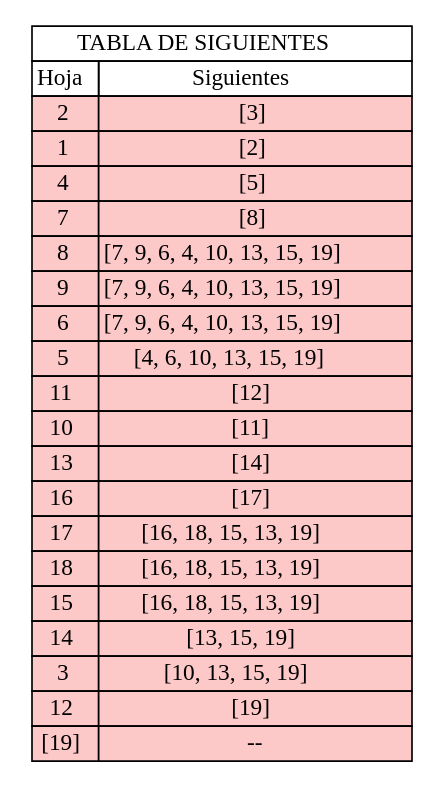
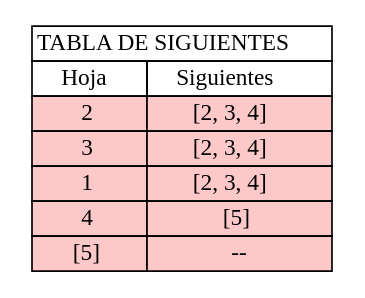
The diagram in SIGUIENTES_201700381/Siguientes1.dot (NeryJim21/OLC1-Project1), drawn with Graphviz before and after one commit. The commit also changed 4 other files, not shown here.

```diff
--- a/SIGUIENTES_201700381/Siguientes1.dot
+++ b/SIGUIENTES_201700381/Siguientes1.dot
@@ -1,28 +1,14 @@
 digraph { 
  tbl1 [
 shape=plaintext
  label=<
 <table border='0' cellborder='1' cellspacing='0'>
 <tr><td colspan="2">TABLA DE SIGUIENTES</td></tr>
-<th><td>Hoja</td><td>Siguientes</td></th><tr><td bgcolor="#fcc8c8">2</td><td bgcolor="#fcc8c8">[3]</td></tr>
-<tr><td bgcolor="#fcc8c8">1</td><td bgcolor="#fcc8c8">[2]</td></tr>
+<th><td>Hoja</td><td>Siguientes</td></th><tr><td bgcolor="#fcc8c8">2</td><td bgcolor="#fcc8c8">[2, 3, 4]</td></tr>
+<tr><td bgcolor="#fcc8c8">3</td><td bgcolor="#fcc8c8">[2, 3, 4]</td></tr>
+<tr><td bgcolor="#fcc8c8">1</td><td bgcolor="#fcc8c8">[2, 3, 4]</td></tr>
 <tr><td bgcolor="#fcc8c8">4</td><td bgcolor="#fcc8c8">[5]</td></tr>
-<tr><td bgcolor="#fcc8c8">7</td><td bgcolor="#fcc8c8">[8]</td></tr>
-<tr><td bgcolor="#fcc8c8">8</td><td bgcolor="#fcc8c8">[7, 9, 6, 4, 10, 13, 15, 19]</td></tr>
-<tr><td bgcolor="#fcc8c8">9</td><td bgcolor="#fcc8c8">[7, 9, 6, 4, 10, 13, 15, 19]</td></tr>
-<tr><td bgcolor="#fcc8c8">6</td><td bgcolor="#fcc8c8">[7, 9, 6, 4, 10, 13, 15, 19]</td></tr>
-<tr><td bgcolor="#fcc8c8">5</td><td bgcolor="#fcc8c8">[4, 6, 10, 13, 15, 19]</td></tr>
-<tr><td bgcolor="#fcc8c8">11</td><td bgcolor="#fcc8c8">[12]</td></tr>
-<tr><td bgcolor="#fcc8c8">10</td><td bgcolor="#fcc8c8">[11]</td></tr>
-<tr><td bgcolor="#fcc8c8">13</td><td bgcolor="#fcc8c8">[14]</td></tr>
-<tr><td bgcolor="#fcc8c8">16</td><td bgcolor="#fcc8c8">[17]</td></tr>
-<tr><td bgcolor="#fcc8c8">17</td><td bgcolor="#fcc8c8">[16, 18, 15, 13, 19]</td></tr>
-<tr><td bgcolor="#fcc8c8">18</td><td bgcolor="#fcc8c8">[16, 18, 15, 13, 19]</td></tr>
-<tr><td bgcolor="#fcc8c8">15</td><td bgcolor="#fcc8c8">[16, 18, 15, 13, 19]</td></tr>
-<tr><td bgcolor="#fcc8c8">14</td><td bgcolor="#fcc8c8">[13, 15, 19]</td></tr>
-<tr><td bgcolor="#fcc8c8">3</td><td bgcolor="#fcc8c8">[10, 13, 15, 19]</td></tr>
-<tr><td bgcolor="#fcc8c8">12</td><td bgcolor="#fcc8c8">[19]</td></tr>
-<tr><td bgcolor="#fcc8c8">[19]</td><td bgcolor="#fcc8c8">--</td></tr>
+<tr><td bgcolor="#fcc8c8">[5]</td><td bgcolor="#fcc8c8">--</td></tr>
 </table>
 >];
 }
```
